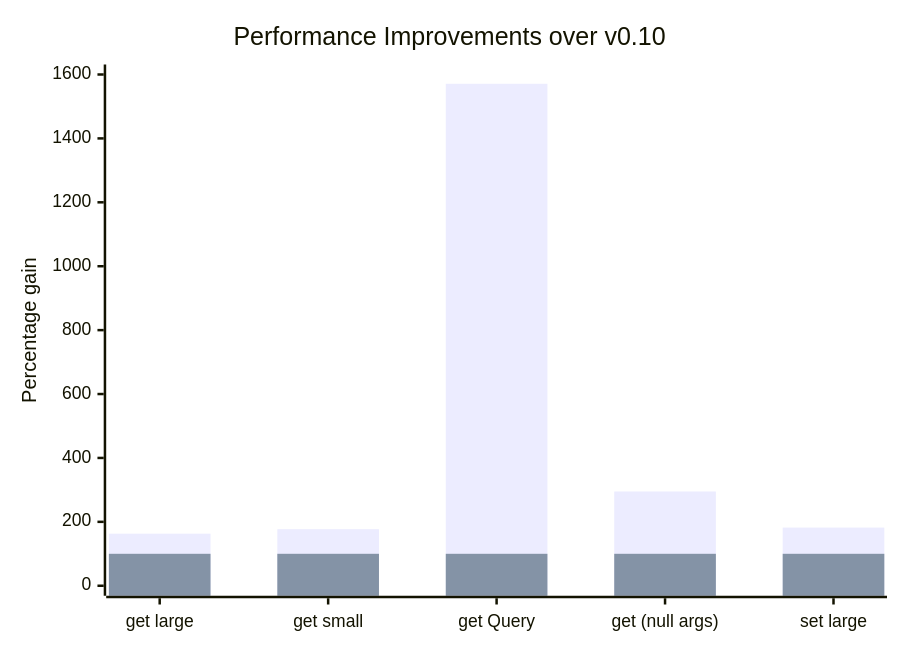
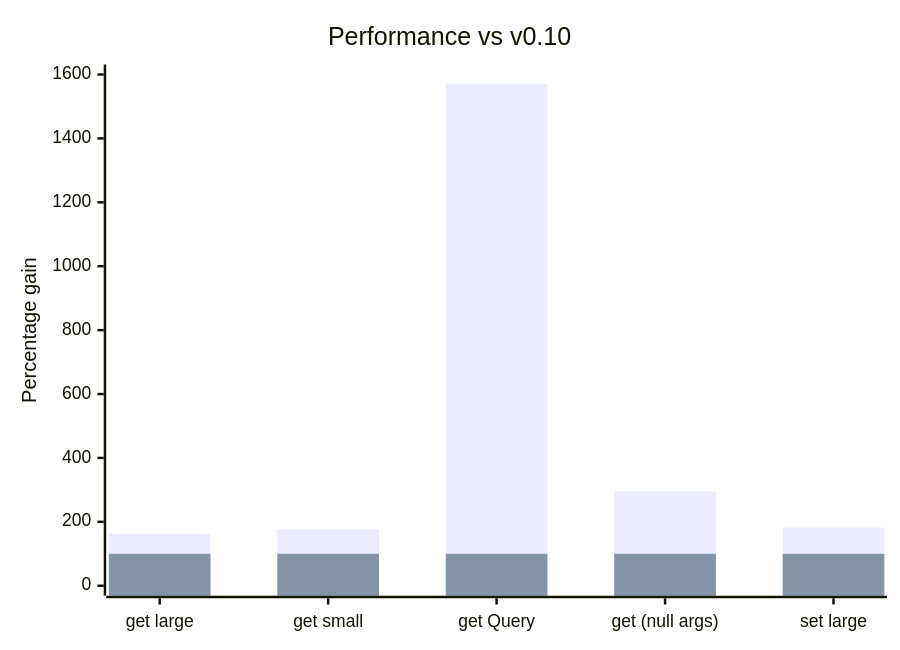
One commit to reactive/data-client changed the diagram in website/blog/2024-04-08-v0.11-queries-querable-usequery.md. Above: the diagram before and after it, drawn with Mermaid. The commit also changed other lines of this file and 34 other files, not shown here.

````diff
--- a/website/blog/2024-04-08-v0.11-queries-querable-usequery.md
+++ b/website/blog/2024-04-08-v0.11-queries-querable-usequery.md
@@ -220,8 +220,8 @@
 ```mermaid
 xychart-beta
-    title "Performance Improvements over v0.10"
+    title "Performance vs v0.10"
     x-axis ["get large", "get small", "get Query", "get (null args)", "set large"]
     y-axis "Percentage gain" 0 --> 1600
     bar [163, 177, 1571, 295, 182]
     bar [100, 100, 100, 100, 100]
 ```
````
